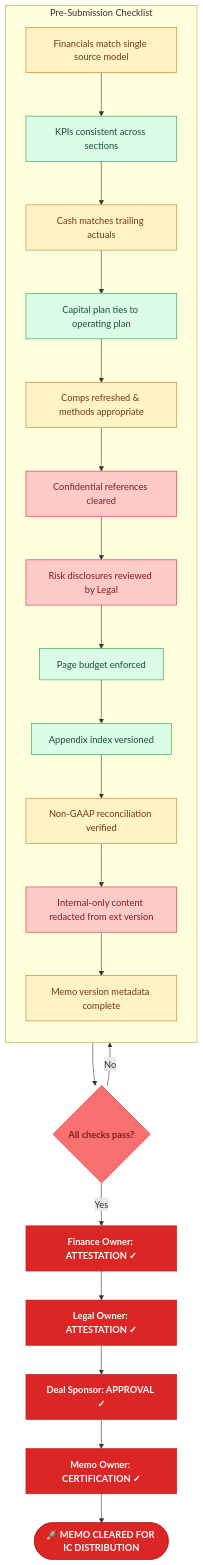
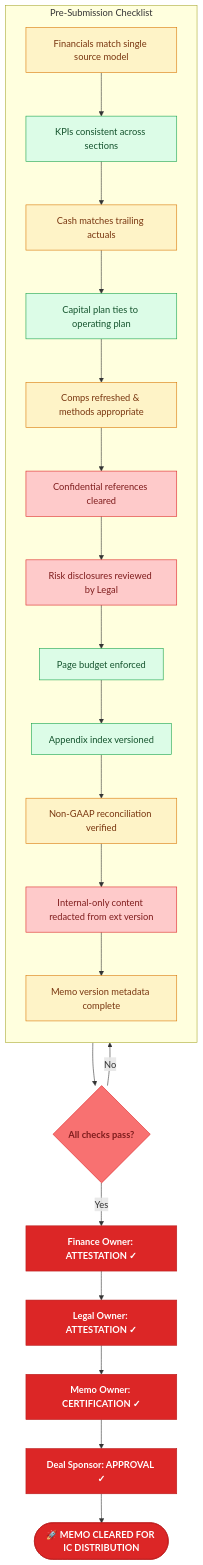
Before and after one commit to mrchanpark/IC-Memo-Flow-Chart-V2: diagram 17 of 17 in README.md, drawn with Mermaid. The commit also changed other lines of this file and 2 other files, not shown here.

````diff
--- a/README.md
+++ b/README.md
@@ -445,29 +446,29 @@
 ```mermaid
 flowchart TB
   subgraph QC["Pre-Submission Checklist"]
     direction TB
     Q1["Financials match single source model"]:::yel --> Q2["KPIs consistent across sections"]:::grn
     Q2 --> Q3["Cash matches trailing actuals"]:::yel
     Q3 --> Q4["Capital plan ties to operating plan"]:::grn
     Q4 --> Q5["Comps refreshed & methods appropriate"]:::yel
     Q5 --> Q6["Confidential references cleared"]:::red
     Q6 --> Q7["Risk disclosures reviewed by Legal"]:::red
     Q7 --> Q8["Page budget enforced"]:::grn
     Q8 --> Q9["Appendix index versioned"]:::grn
     Q9 --> Q10["Non-GAAP reconciliation verified"]:::yel
     Q10 --> Q11["Internal-only content redacted from ext version"]:::red
     Q11 --> Q12["Memo version metadata complete"]:::yel
   end
   Q12 --> PASS{"All checks pass?"}:::redD
   PASS -- No --> Q1
   PASS -- Yes --> S1x["Finance Owner: ATTESTATION ✓"]:::redM
   S1x --> S2x["Legal Owner: ATTESTATION ✓"]:::redM
-  S2x --> S3x["Deal Sponsor: APPROVAL ✓"]:::redM
-  S3x --> S4x["Memo Owner: CERTIFICATION ✓"]:::redM
+  S2x --> S3x["Memo Owner: CERTIFICATION ✓"]:::redM
+  S3x --> S4x["Deal Sponsor: APPROVAL ✓"]:::redM
   S4x --> DONE(["🚀 MEMO CLEARED FOR IC DISTRIBUTION"]):::redM
   classDef red fill:#fecaca,stroke:#dc2626,color:#7f1d1d
   classDef redD fill:#f87171,stroke:#dc2626,color:#7f1d1d,font-weight:700
   classDef redM fill:#dc2626,stroke:#b91c1c,color:#fff,font-weight:700
   classDef yel fill:#fef3c7,stroke:#d97706,color:#78350f
   classDef grn fill:#dcfce7,stroke:#16a34a,color:#14532d
 ```
````
